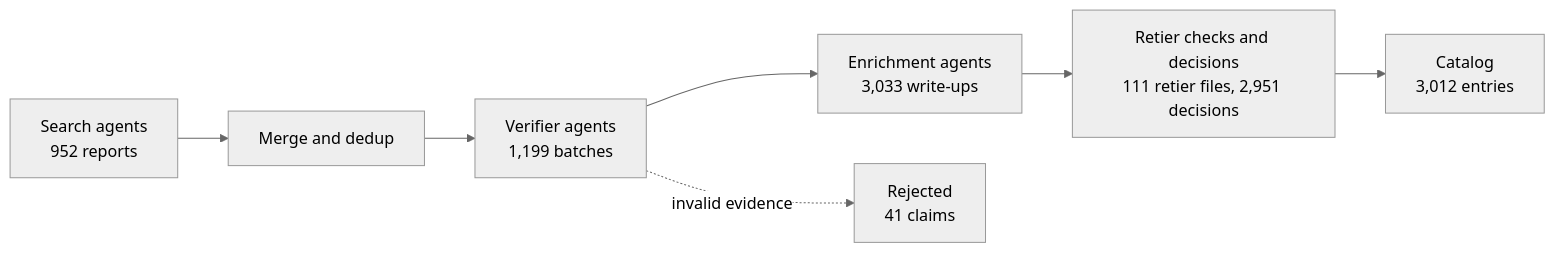
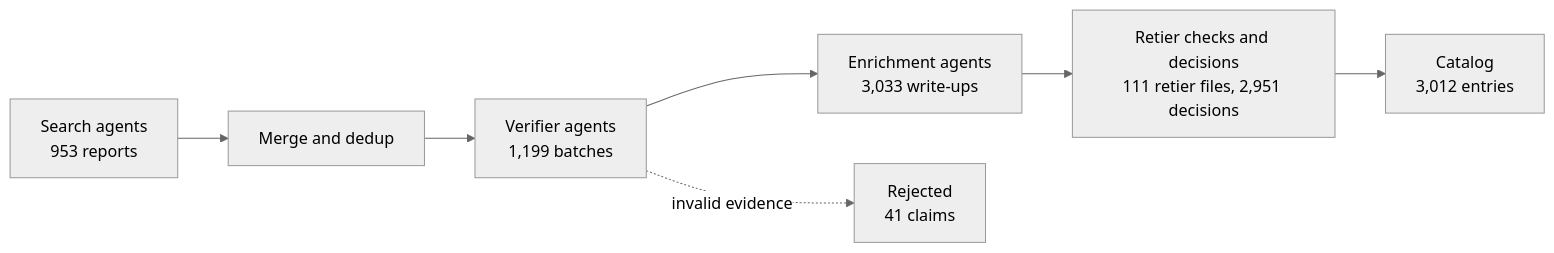
Before and after one commit to harrisjib216/fastplusplus: the diagram in README.md, drawn with Mermaid (neutral theme). The commit also changed 6 other files, not shown here.

````diff
--- a/README.md
+++ b/README.md
@@ -116,9 +116,9 @@
 ```mermaid
 flowchart LR
-  S["Search agents<br/>952 reports"] --> M["Merge and dedup"]
+  S["Search agents<br/>953 reports"] --> M["Merge and dedup"]
   M --> V["Verifier agents<br/>1,199 batches"]
   V --> E["Enrichment agents<br/>3,033 write-ups"]
   E --> R["Retier checks and decisions<br/>111 retier files, 2,951 decisions"]
   R --> C["Catalog<br/>3,012 entries"]
   V -. invalid evidence .-> X["Rejected<br/>41 claims"]
 ```
````
